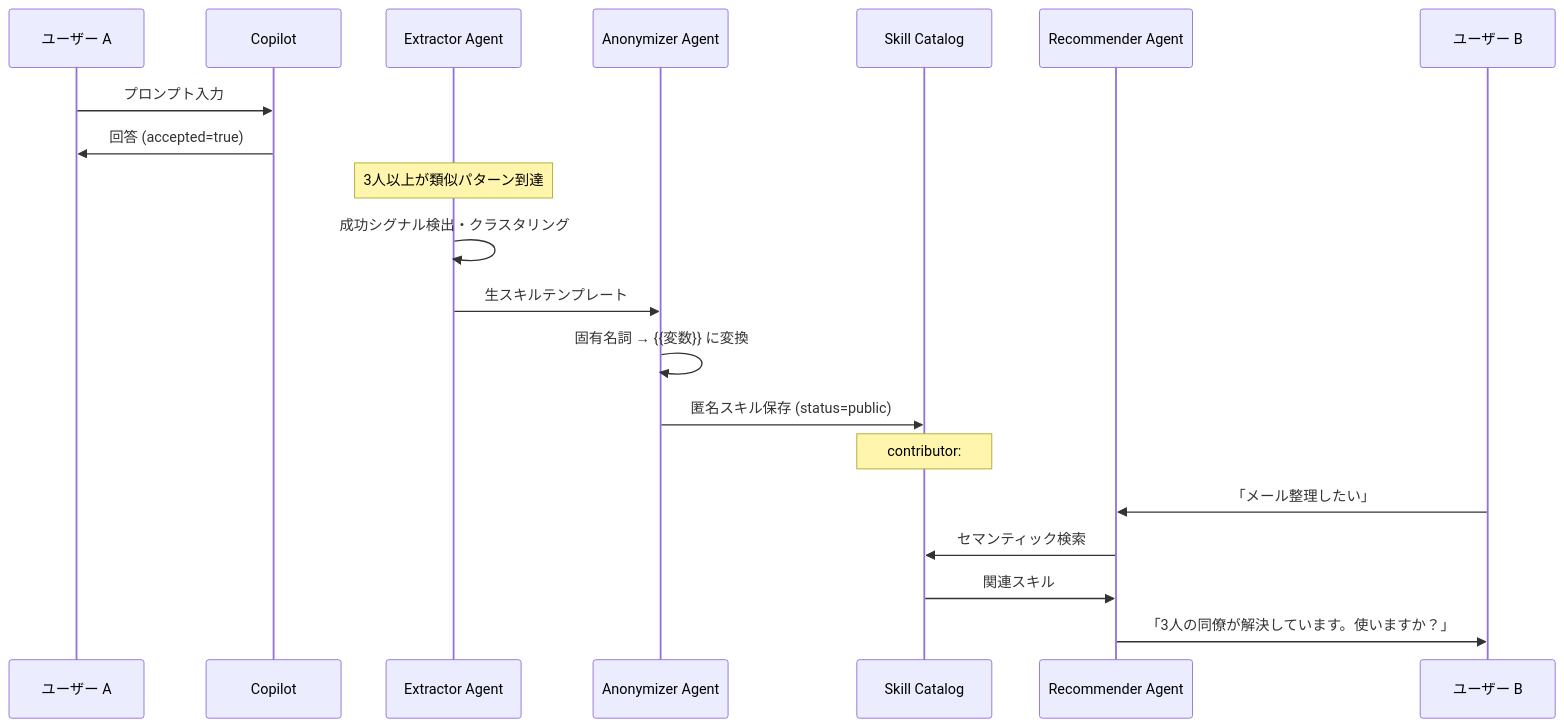
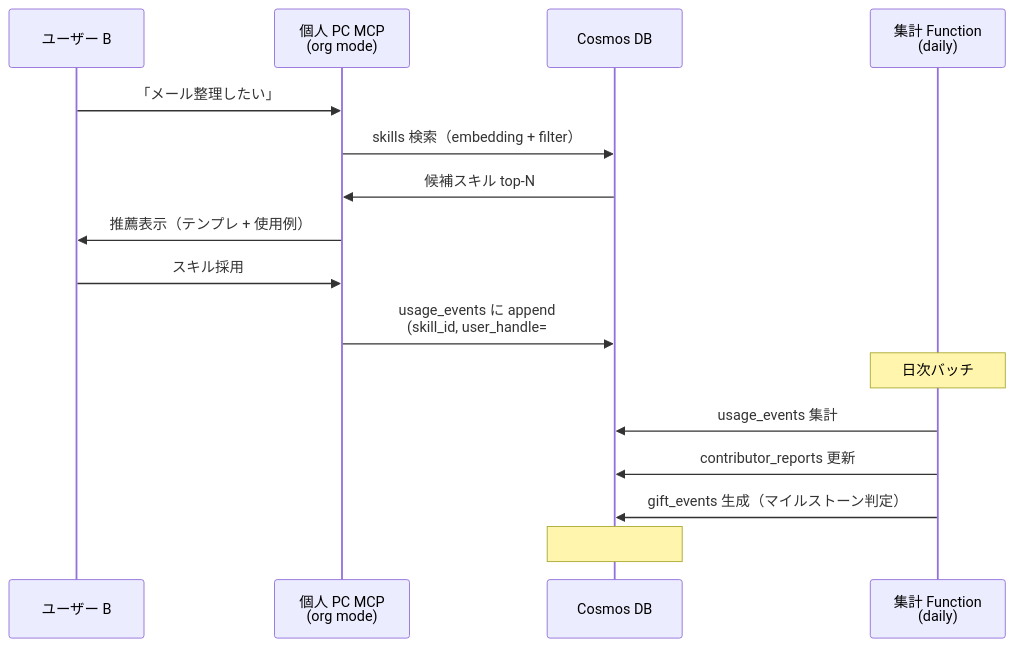
The third of 3 diagrams in docs/architecture.md (yuzuponikemi/RENGA), drawn with Mermaid before and after one commit. The commit also changed other lines of this file and 38 other files, not shown here.

````diff
--- a/docs/architecture.md
+++ b/docs/architecture.md
@@ -52,24 +105,20 @@
 ```mermaid
 sequenceDiagram
-    participant U as ユーザー A
-    participant C as Copilot
-    participant OBS as Extractor Agent
-    participant ANO as Anonymizer Agent
-    participant CAT as Skill Catalog
-    participant REC as Recommender Agent
-    participant U2 as ユーザー B
+    participant U as ユーザー B
+    participant MCP as 個人 PC MCP<br/>(org mode)
+    participant CDB as Cosmos DB
+    participant FN2 as 集計 Function<br/>(daily)
 
-    U->>C: プロンプト入力
-    C->>U: 回答 (accepted=true)
-    Note over OBS: 3人以上が類似パターン到達
-    OBS->>OBS: 成功シグナル検出・クラスタリング
-    OBS->>ANO: 生スキルテンプレート
-    ANO->>ANO: 固有名詞 → {{変数}} に変換
-    ANO->>CAT: 匿名スキル保存 (status=public)
-    Note over CAT: contributor: #A1 (内部のみ)
+    U->>MCP: 「メール整理したい」
+    MCP->>CDB: skills 検索（embedding + filter）
+    CDB->>MCP: 候補スキル top-N
+    MCP->>U: 推薦表示（テンプレ + 使用例）
+    U->>MCP: スキル採用
+    MCP->>CDB: usage_events に append<br/>(skill_id, user_handle=#B3, context)
 
-    U2->>REC: 「メール整理したい」
-    REC->>CAT: セマンティック検索
-    CAT->>REC: 関連スキル
-    REC->>U2: 「3人の同僚が解決しています。使いますか？」
+    Note over FN2: 日次バッチ
+    FN2->>CDB: usage_events 集計
+    FN2->>CDB: contributor_reports 更新
+    FN2->>CDB: gift_events 生成（マイルストーン判定）
+    Note over CDB: #A1 の「あなたのスキルが<br/>初めて使われました」イベント
 ```
````
